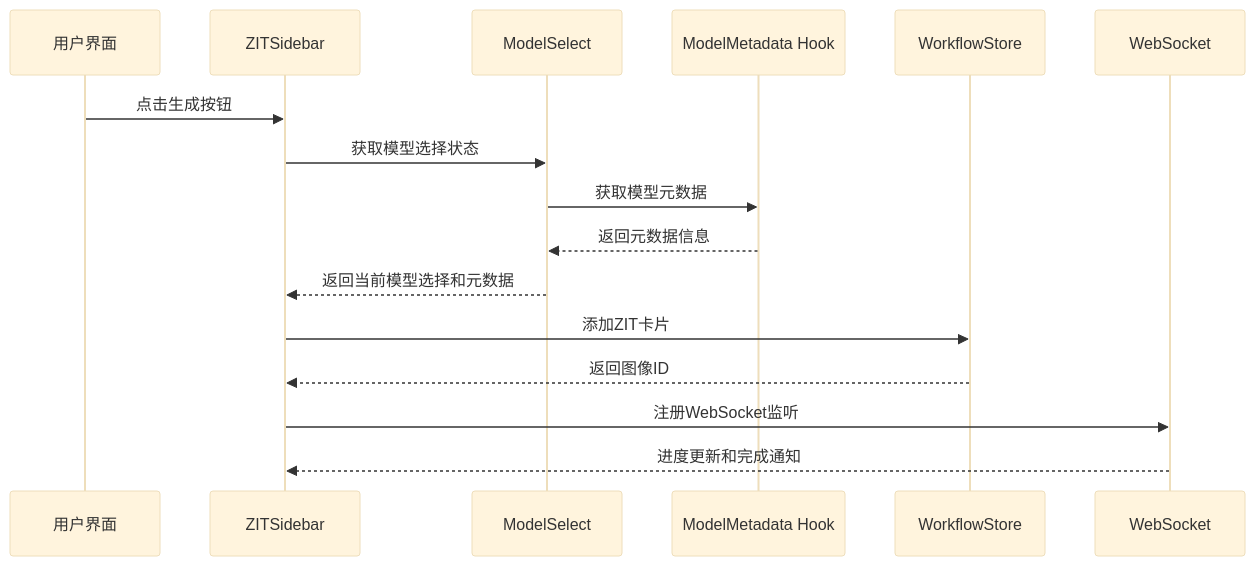
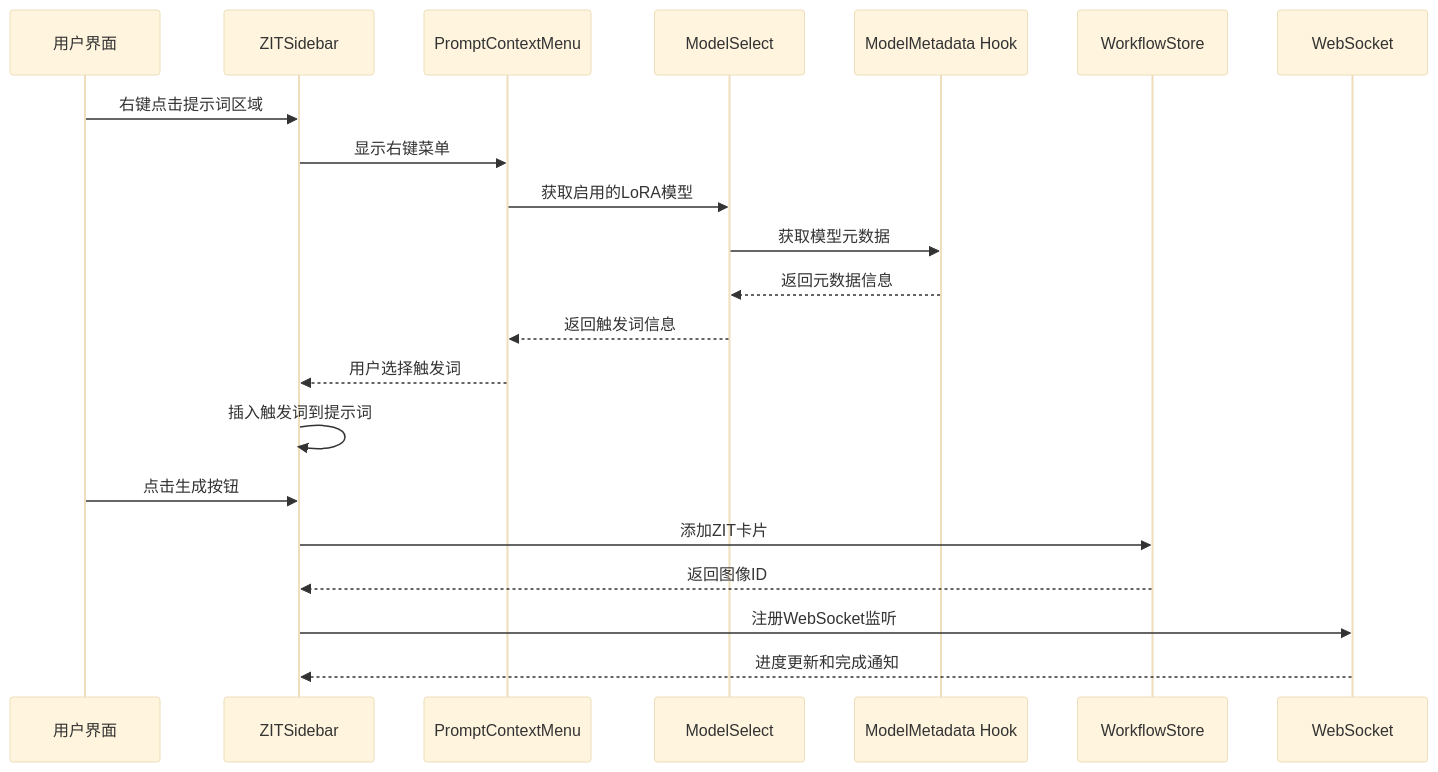
The second of 11 diagrams in .qoder/repowiki/zh/content/用户界面组件/控制面板组件/ZIT快出侧边栏.md (billye220670/CorineKit_Pix2Real), drawn with Mermaid (base theme) before and after one commit. The commit also changed other lines of this file and 4 other files, not shown here.

````diff
--- a/.qoder/repowiki/zh/content/用户界面组件/控制面板组件/ZIT快出侧边栏.md
+++ b/.qoder/repowiki/zh/content/用户界面组件/控制面板组件/ZIT快出侧边栏.md
@@ -169,18 +190,23 @@
 ```mermaid
 sequenceDiagram
 participant U as 用户界面
 participant Z as ZITSidebar
+participant PC as PromptContextMenu
 participant MS as ModelSelect
 participant MM as ModelMetadata Hook
 participant WF as WorkflowStore
 participant S as WebSocket
-U->>Z : 点击生成按钮
-Z->>MS : 获取模型选择状态
+U->>Z : 右键点击提示词区域
+Z->>PC : 显示右键菜单
+PC->>MS : 获取启用的LoRA模型
 MS->>MM : 获取模型元数据
 MM-->>MS : 返回元数据信息
-MS-->>Z : 返回当前模型选择和元数据
+MS-->>PC : 返回触发词信息
+PC-->>Z : 用户选择触发词
+Z->>Z : 插入触发词到提示词
+U->>Z : 点击生成按钮
 Z->>WF : 添加ZIT卡片
 WF-->>Z : 返回图像ID
 Z->>S : 注册WebSocket监听
 S-->>Z : 进度更新和完成通知
 ```
````
